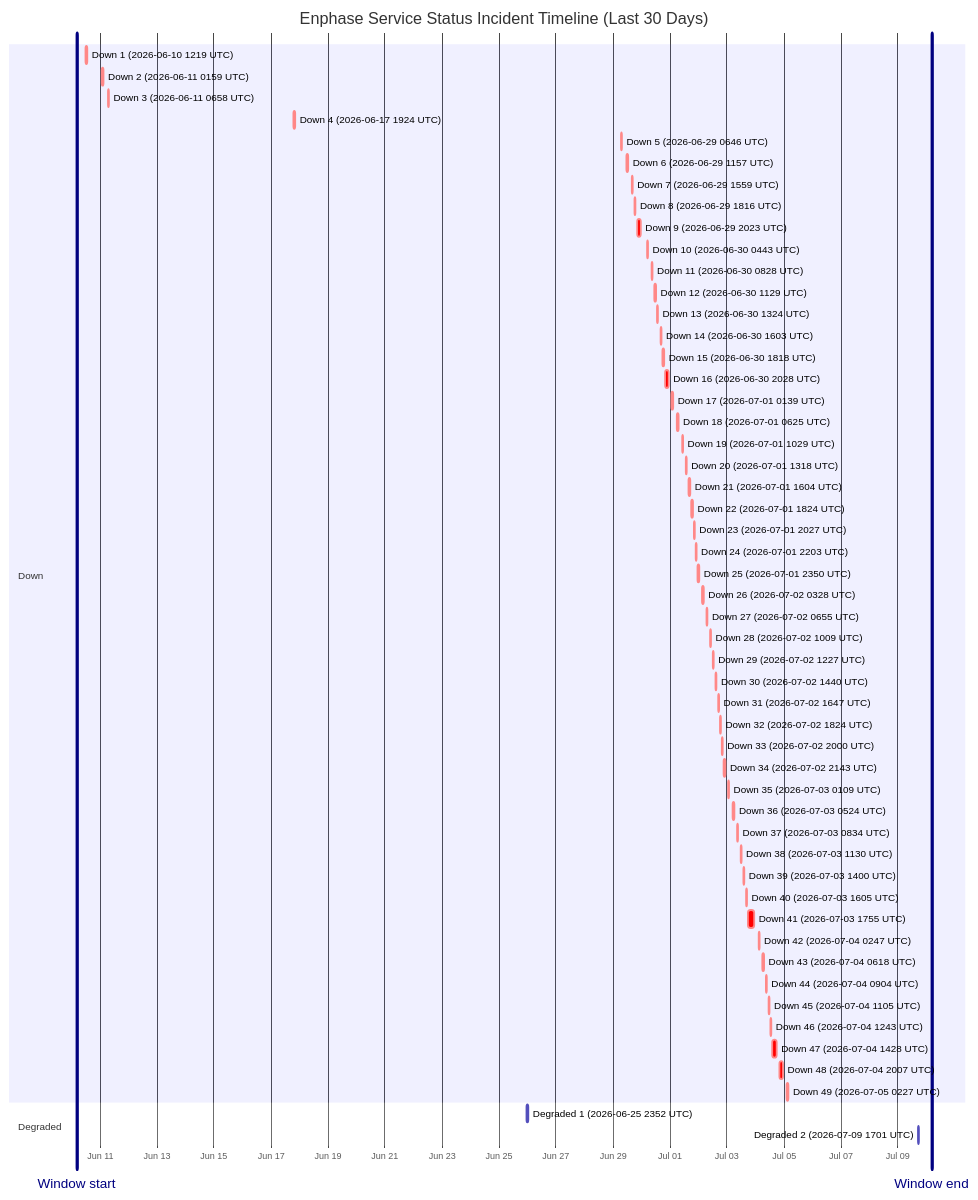
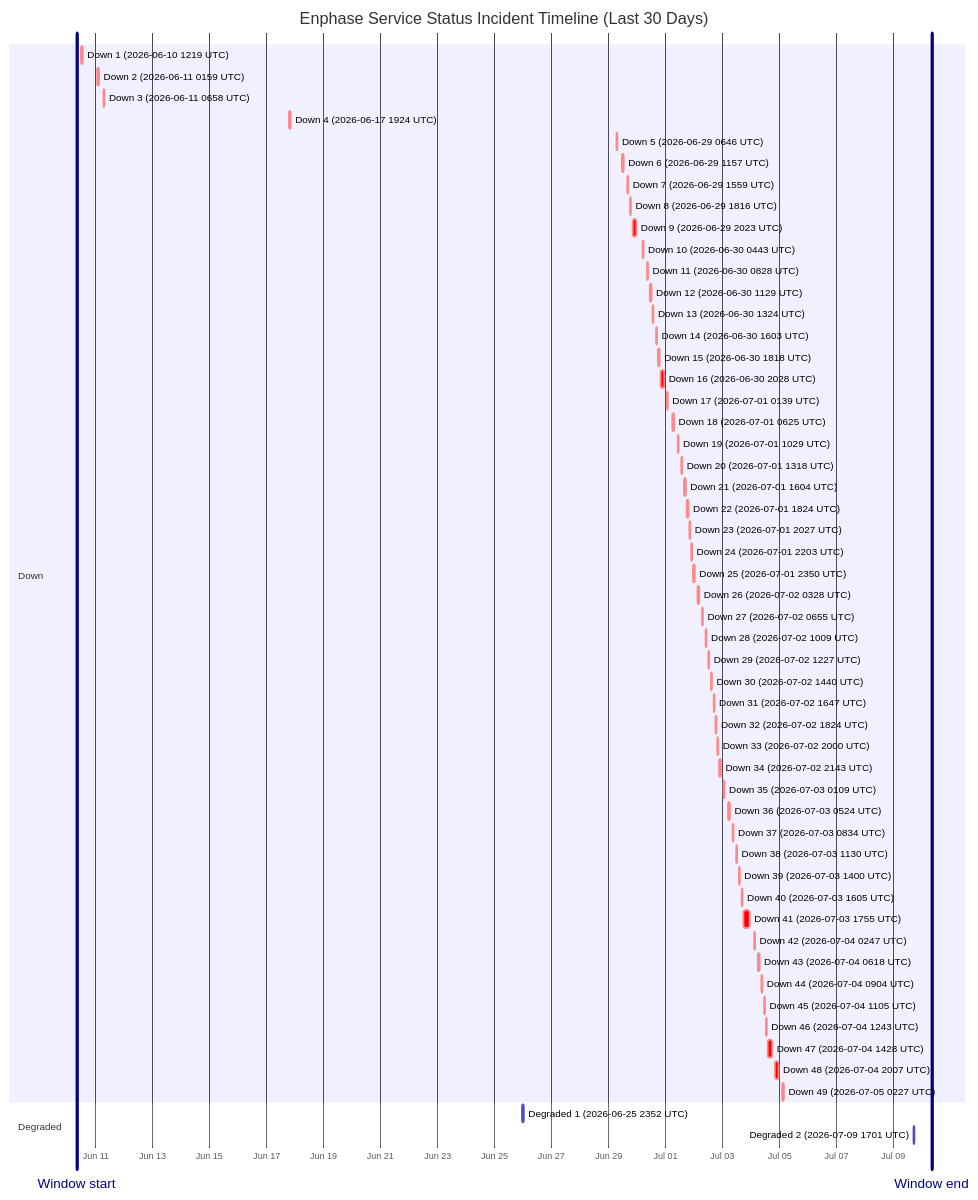
Before and after one commit to barneyonline/ha-enphase-energy: the diagram in wiki/Service-Status-History.md, drawn with Mermaid. The commit also changed other lines of this file and 3 other files, not shown here.

````diff
--- a/wiki/Service-Status-History.md
+++ b/wiki/Service-Status-History.md
@@ -14,61 +14,61 @@
 ```mermaid
 gantt
     title Enphase Service Status Incident Timeline (Last 30 Days)
     dateFormat  YYYY-MM-DDTHH:mm:ss
     axisFormat  %b %d
-    Window start :vert, window-start, 2026-06-10T04:32:38, 0ms
-    Window end :vert, window-end, 2026-07-10T04:32:38, 0ms
+    Window start :vert, window-start, 2026-06-10T08:21:01, 0ms
+    Window end :vert, window-end, 2026-07-10T08:21:01, 0ms
     section Down
     Down 1 (2026-06-10 1219 UTC) :crit, down-1, 2026-06-10T12:19:21, 60m
     Down 2 (2026-06-11 0159 UTC) :crit, down-2, 2026-06-11T01:59:36, 60m
     Down 3 (2026-06-11 0658 UTC) :crit, down-3, 2026-06-11T06:58:45, 60m
     Down 4 (2026-06-17 1924 UTC) :crit, down-4, 2026-06-17T19:24:51, 60m
     Down 5 (2026-06-29 0646 UTC) :crit, down-5, 2026-06-29T06:46:18, 60m
     Down 6 (2026-06-29 1157 UTC) :crit, down-6, 2026-06-29T11:57:36, 60m
     Down 7 (2026-06-29 1559 UTC) :crit, down-7, 2026-06-29T15:59:02, 60m
     Down 8 (2026-06-29 1816 UTC) :crit, down-8, 2026-06-29T18:16:38, 60m
     Down 9 (2026-06-29 2023 UTC) :crit, down-9, 2026-06-29T20:23:16, 220m
     Down 10 (2026-06-30 0443 UTC) :crit, down-10, 2026-06-30T04:43:54, 60m
     Down 11 (2026-06-30 0828 UTC) :crit, down-11, 2026-06-30T08:28:43, 60m
     Down 12 (2026-06-30 1129 UTC) :crit, down-12, 2026-06-30T11:29:15, 60m
     Down 13 (2026-06-30 1324 UTC) :crit, down-13, 2026-06-30T13:24:25, 60m
     Down 14 (2026-06-30 1603 UTC) :crit, down-14, 2026-06-30T16:03:26, 60m
     Down 15 (2026-06-30 1818 UTC) :crit, down-15, 2026-06-30T18:18:39, 60m
     Down 16 (2026-06-30 2028 UTC) :crit, down-16, 2026-06-30T20:28:54, 171m
     Down 17 (2026-07-01 0139 UTC) :crit, down-17, 2026-07-01T01:39:18, 60m
     Down 18 (2026-07-01 0625 UTC) :crit, down-18, 2026-07-01T06:25:35, 60m
     Down 19 (2026-07-01 1029 UTC) :crit, down-19, 2026-07-01T10:29:24, 60m
     Down 20 (2026-07-01 1318 UTC) :crit, down-20, 2026-07-01T13:18:31, 60m
     Down 21 (2026-07-01 1604 UTC) :crit, down-21, 2026-07-01T16:04:29, 60m
     Down 22 (2026-07-01 1824 UTC) :crit, down-22, 2026-07-01T18:24:21, 60m
     Down 23 (2026-07-01 2027 UTC) :crit, down-23, 2026-07-01T20:27:17, 60m
     Down 24 (2026-07-01 2203 UTC) :crit, down-24, 2026-07-01T22:03:46, 60m
     Down 25 (2026-07-01 2350 UTC) :crit, down-25, 2026-07-01T23:50:52, 60m
     Down 26 (2026-07-02 0328 UTC) :crit, down-26, 2026-07-02T03:28:33, 60m
     Down 27 (2026-07-02 0655 UTC) :crit, down-27, 2026-07-02T06:55:07, 60m
     Down 28 (2026-07-02 1009 UTC) :crit, down-28, 2026-07-02T10:09:15, 60m
     Down 29 (2026-07-02 1227 UTC) :crit, down-29, 2026-07-02T12:27:49, 60m
     Down 30 (2026-07-02 1440 UTC) :crit, down-30, 2026-07-02T14:40:53, 60m
     Down 31 (2026-07-02 1647 UTC) :crit, down-31, 2026-07-02T16:47:47, 60m
     Down 32 (2026-07-02 1824 UTC) :crit, down-32, 2026-07-02T18:24:26, 60m
     Down 33 (2026-07-02 2000 UTC) :crit, down-33, 2026-07-02T20:00:57, 60m
     Down 34 (2026-07-02 2143 UTC) :crit, down-34, 2026-07-02T21:43:52, 80m
     Down 35 (2026-07-03 0109 UTC) :crit, down-35, 2026-07-03T01:09:19, 60m
     Down 36 (2026-07-03 0524 UTC) :crit, down-36, 2026-07-03T05:24:23, 60m
     Down 37 (2026-07-03 0834 UTC) :crit, down-37, 2026-07-03T08:34:05, 60m
     Down 38 (2026-07-03 1130 UTC) :crit, down-38, 2026-07-03T11:30:41, 60m
     Down 39 (2026-07-03 1400 UTC) :crit, down-39, 2026-07-03T14:00:48, 60m
     Down 40 (2026-07-03 1605 UTC) :crit, down-40, 2026-07-03T16:05:49, 60m
     Down 41 (2026-07-03 1755 UTC) :crit, down-41, 2026-07-03T17:55:54, 338m
     Down 42 (2026-07-04 0247 UTC) :crit, down-42, 2026-07-04T02:47:22, 60m
     Down 43 (2026-07-04 0618 UTC) :crit, down-43, 2026-07-04T06:18:09, 60m
     Down 44 (2026-07-04 0904 UTC) :crit, down-44, 2026-07-04T09:04:41, 60m
     Down 45 (2026-07-04 1105 UTC) :crit, down-45, 2026-07-04T11:05:21, 60m
     Down 46 (2026-07-04 1243 UTC) :crit, down-46, 2026-07-04T12:43:25, 60m
     Down 47 (2026-07-04 1428 UTC) :crit, down-47, 2026-07-04T14:28:07, 243m
     Down 48 (2026-07-04 2007 UTC) :crit, down-48, 2026-07-04T20:07:50, 206m
     Down 49 (2026-07-05 0227 UTC) :crit, down-49, 2026-07-05T02:27:32, 109m
     section Degraded
     Degraded 1 (2026-06-25 2352 UTC) :active, degraded-1, 2026-06-25T23:52:01, 60m
     Degraded 2 (2026-07-09 1701 UTC) :active, degraded-2, 2026-07-09T17:01:02, 60m
 ```
````
